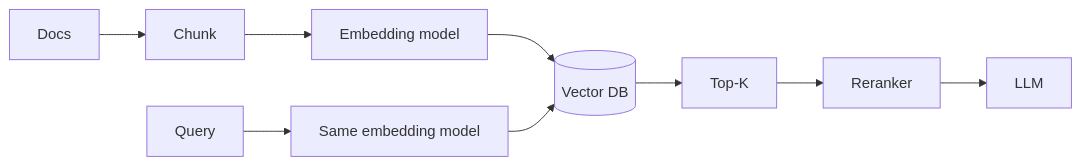
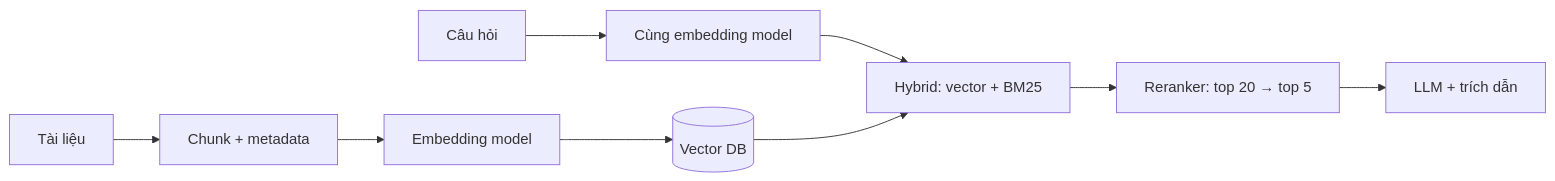
One commit to passion-Infinity/personal-tech-playbook changed the diagram in src/assets/knowledge/playbooks/ai-engineering/vector-databases-embeddings.md. Above: the diagram before and after it, drawn with Mermaid. The commit also changed other lines of this file and 3 other files, not shown here.

First line of the commit message:
Deep-dive rewrite: LLM eval/security, cost/latency, vector DB/embeddings

````diff
--- a/src/assets/knowledge/playbooks/ai-engineering/vector-databases-embeddings.md
+++ b/src/assets/knowledge/playbooks/ai-engineering/vector-databases-embeddings.md
@@ -17,6 +39,7 @@
 ```mermaid
 flowchart LR
-    DOC["Docs"] --> CH[Chunk] --> EMB["Embedding model"] --> VDB[("Vector DB")]
-    Q[Query] --> EMB2["Same embedding model"] --> VDB
-    VDB --> TOP["Top-K"] --> RR[Reranker] --> LLM
+    DOC["Tài liệu"] --> CH["Chunk + metadata"] --> EMB["Embedding model"] --> VDB[("Vector DB")]
+    Q["Câu hỏi"] --> EMB2["Cùng embedding model"] --> HS["Hybrid: vector + BM25"]
+    VDB --> HS
+    HS --> RR["Reranker: top 20 → top 5"] --> LLM["LLM + trích dẫn"]
 ```
````
